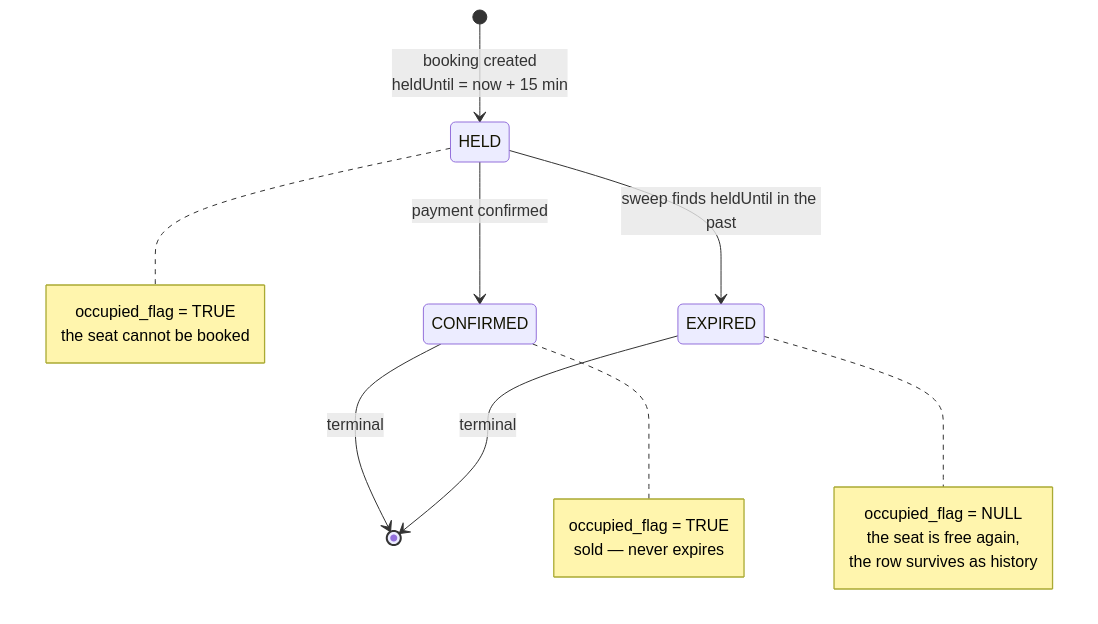
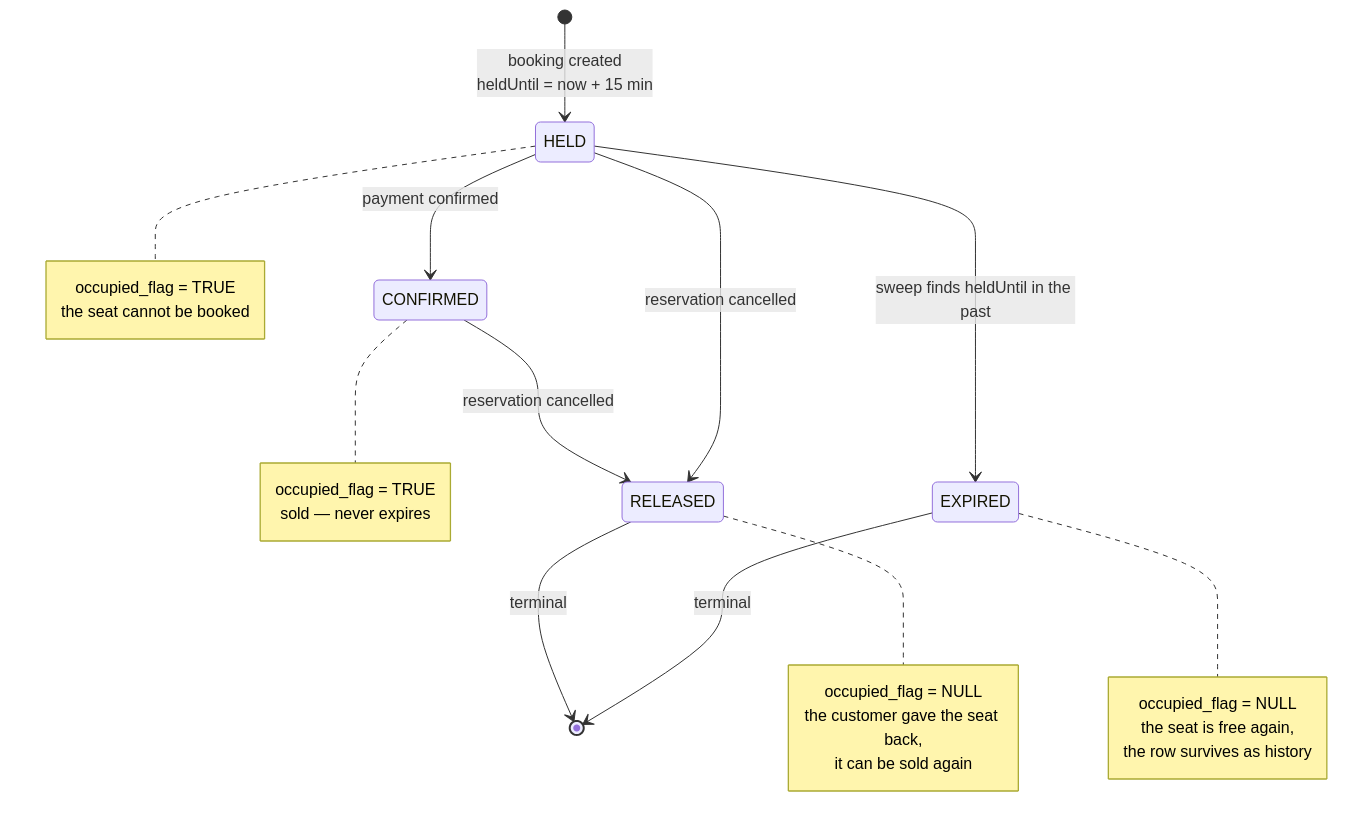
Before and after one commit to Mek3/flight-booking-api: the third of 3 diagrams in README.md, drawn with Mermaid. The commit also changed other lines of this file and 1 other file, not shown here.

Commit message:
docs: add RELEASED to the seat state diagram

````diff
--- a/README.md
+++ b/README.md
@@ -224,26 +224,34 @@
 ```mermaid
 stateDiagram-v2
     [*] --> HELD : booking created<br/>heldUntil = now + 15 min
 
     HELD --> CONFIRMED : payment confirmed
     HELD --> EXPIRED : sweep finds heldUntil in the past
+    HELD --> RELEASED : reservation cancelled
+    CONFIRMED --> RELEASED : reservation cancelled
 
-    CONFIRMED --> [*] : terminal
     EXPIRED --> [*] : terminal
+    RELEASED --> [*] : terminal
 
     note right of HELD
         occupied_flag = TRUE
         the seat cannot be booked
     end note
 
     note right of CONFIRMED
         occupied_flag = TRUE
         sold — never expires
     end note
 
     note right of EXPIRED
         occupied_flag = NULL
         the seat is free again,
         the row survives as history
     end note
+
+    note right of RELEASED
+        occupied_flag = NULL
+        the customer gave the seat back,
+        it can be sold again
+    end note
 ```
````
